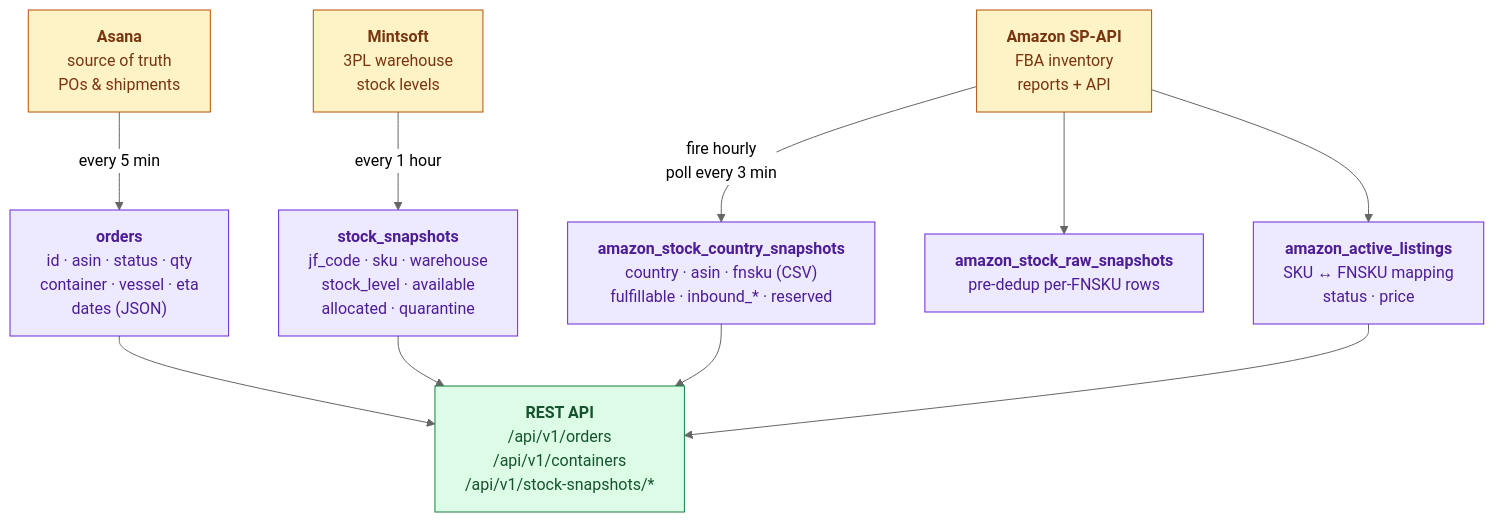
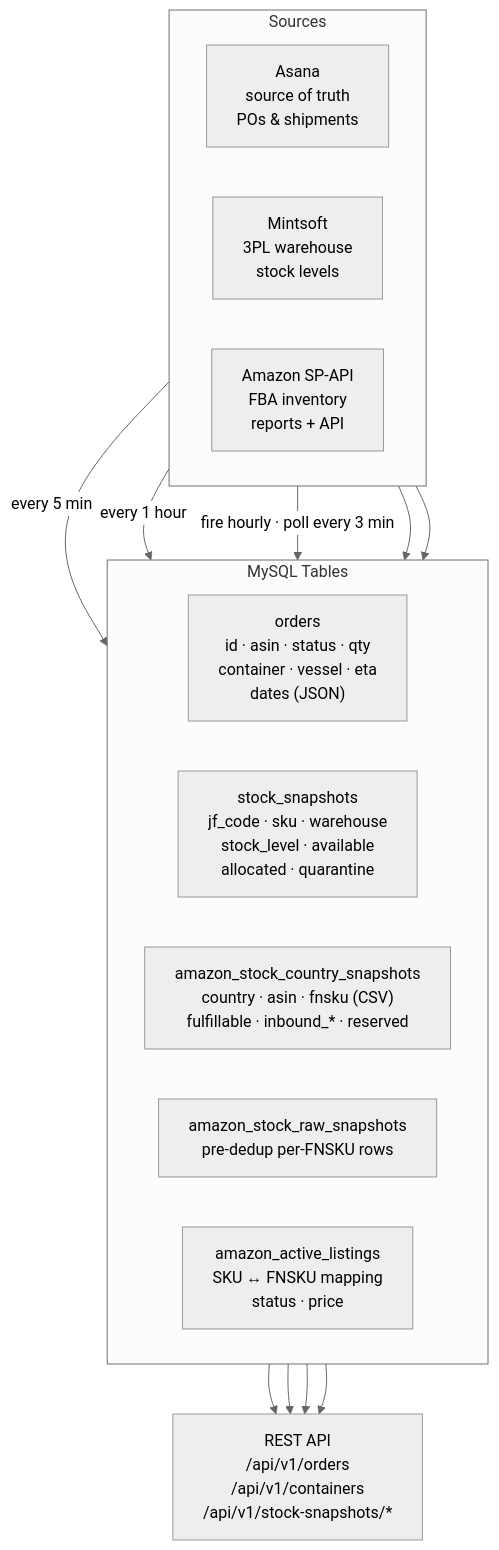
Before and after one commit to Built-form/shipping: the third of 4 diagrams in README.md, drawn with Mermaid (neutral theme). The commit also changed other lines of this file, not shown here.

````diff
--- a/README.md
+++ b/README.md
@@ -121,33 +107,31 @@
 ```mermaid
 flowchart TB
-    A["<b>Asana</b><br/>source of truth<br/>POs &amp; shipments"]
-    M["<b>Mintsoft</b><br/>3PL warehouse<br/>stock levels"]
-    SP["<b>Amazon SP-API</b><br/>FBA inventory<br/>reports + API"]
+    subgraph srcs["Sources"]
+        direction LR
+        A["Asana<br/>source of truth<br/>POs &amp; shipments"]
+        M["Mintsoft<br/>3PL warehouse<br/>stock levels"]
+        SP["Amazon SP-API<br/>FBA inventory<br/>reports + API"]
+    end
 
-    O["<b>orders</b><br/>id · asin · status · qty<br/>container · vessel · eta<br/>dates (JSON)"]
-    S["<b>stock_snapshots</b><br/>jf_code · sku · warehouse<br/>stock_level · available<br/>allocated · quarantine"]
-    AC["<b>amazon_stock_country_snapshots</b><br/>country · asin · fnsku (CSV)<br/>fulfillable · inbound_* · reserved"]
-    AR["<b>amazon_stock_raw_snapshots</b><br/>pre-dedup per-FNSKU rows"]
-    AL["<b>amazon_active_listings</b><br/>SKU ↔ FNSKU mapping<br/>status · price"]
+    subgraph tbls["MySQL Tables"]
+        direction LR
+        O["orders<br/>id · asin · status · qty<br/>container · vessel · eta<br/>dates (JSON)"]
+        S["stock_snapshots<br/>jf_code · sku · warehouse<br/>stock_level · available<br/>allocated · quarantine"]
+        AC["amazon_stock_country_snapshots<br/>country · asin · fnsku (CSV)<br/>fulfillable · inbound_* · reserved"]
+        AR["amazon_stock_raw_snapshots<br/>pre-dedup per-FNSKU rows"]
+        AL["amazon_active_listings<br/>SKU ↔ FNSKU mapping<br/>status · price"]
+    end
 
-    API["<b>REST API</b><br/>/api/v1/orders<br/>/api/v1/containers<br/>/api/v1/stock-snapshots/*"]
+    API["REST API<br/>/api/v1/orders<br/>/api/v1/containers<br/>/api/v1/stock-snapshots/*"]
 
     A  -->|every 5 min| O
     M  -->|every 1 hour| S
-    SP -->|fire hourly<br/>poll every 3 min| AC
+    SP -->|fire hourly · poll every 3 min| AC
     SP --> AR
     SP --> AL
 
     O  --> API
     S  --> API
     AC --> API
     AL --> API
-
-    classDef src fill:#fef3c7,stroke:#b45309,color:#78350f;
-    classDef tbl fill:#ede9fe,stroke:#6d28d9,color:#4c1d95;
-    classDef api fill:#dcfce7,stroke:#15803d,color:#14532d;
-
-    class A,M,SP src;
-    class O,S,AC,AR,AL tbl;
-    class API api;
 ```
````
